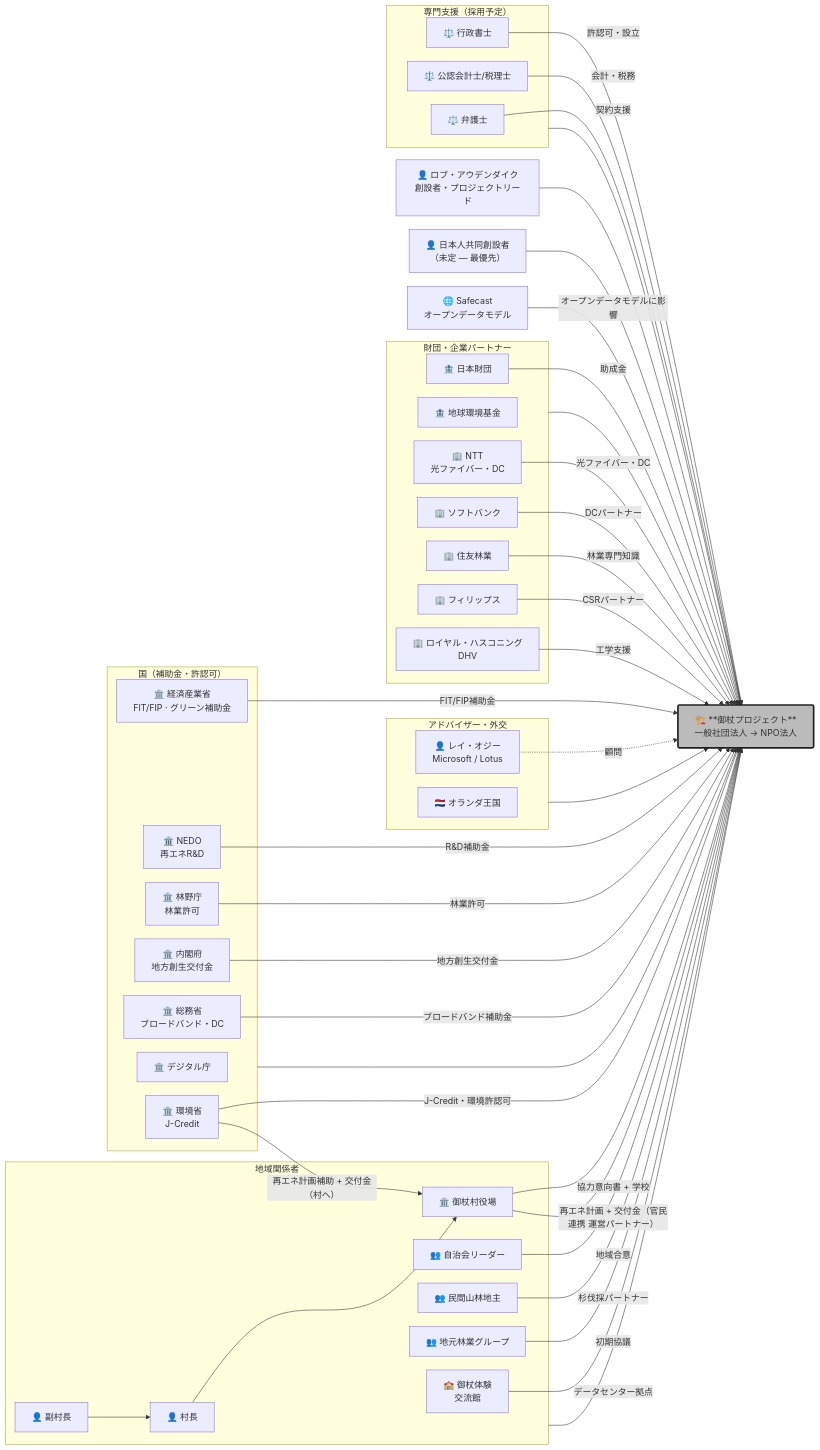
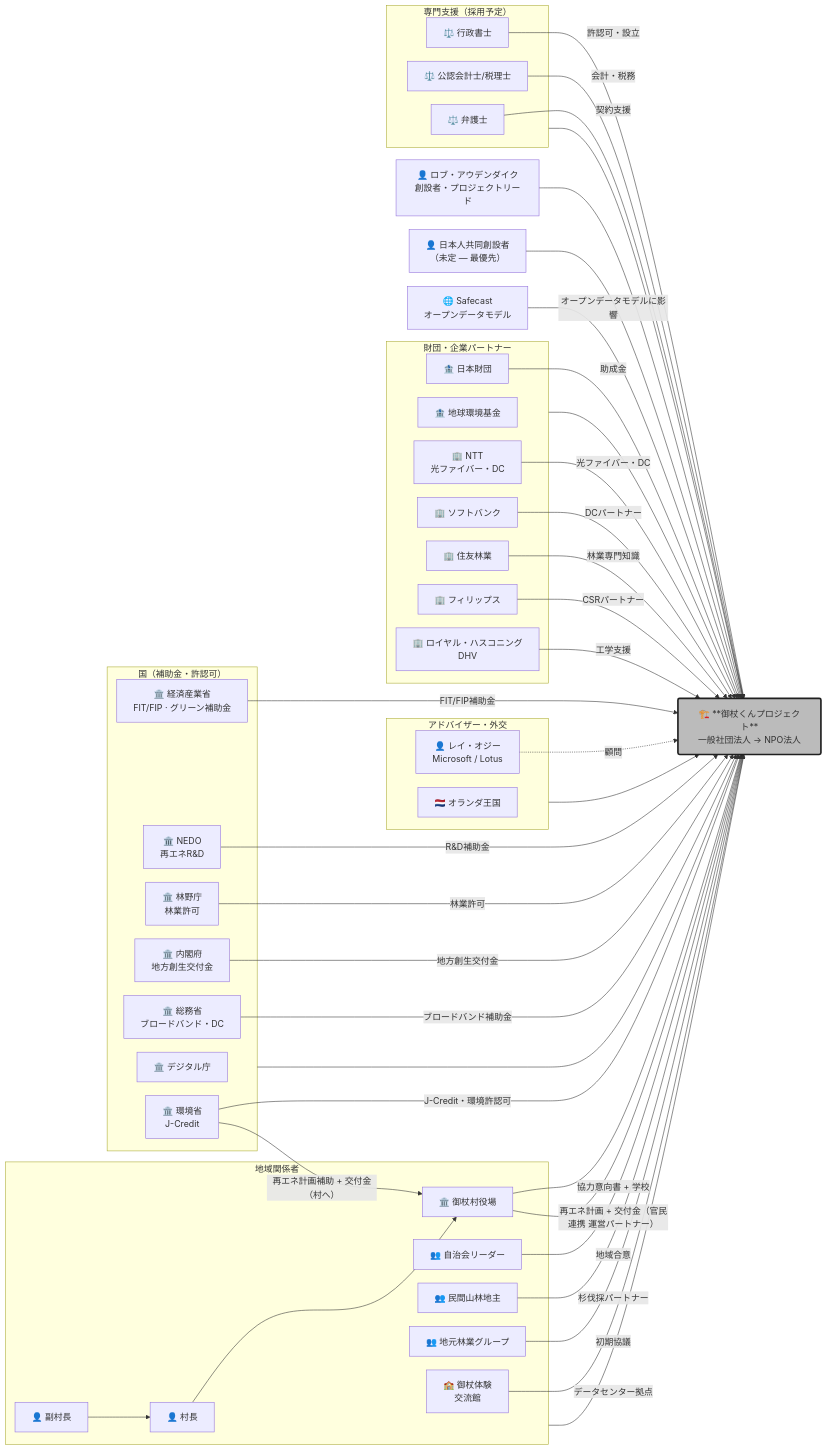
One commit to robouden/mitsue-ai-data-center changed the diagram in mitsue_stakeholders_jp.md. Above: the diagram before and after it, drawn with Mermaid. The commit also changed other lines of this file and 103 other files, not shown here.

```diff
--- a/mitsue_stakeholders_jp.md
+++ b/mitsue_stakeholders_jp.md
@@ -235,7 +235,7 @@
     BENGOSHI -->|"契約支援"| PROJ
 
     %% ==================== MAIN PROJECT - RIGHT CENTER ====================
-    PROJ["🏗️ **御杖プロジェクト**\n一般社団法人 → NPO法人"]
+    PROJ["🏗️ **御杖くんプロジェクト**\n一般社団法人 → NPO法人"]
 
   classDef main fill:#bbbbbb, stroke:#202020, stroke-width:3px, rx:3, ry3
     class PROJ main
```
